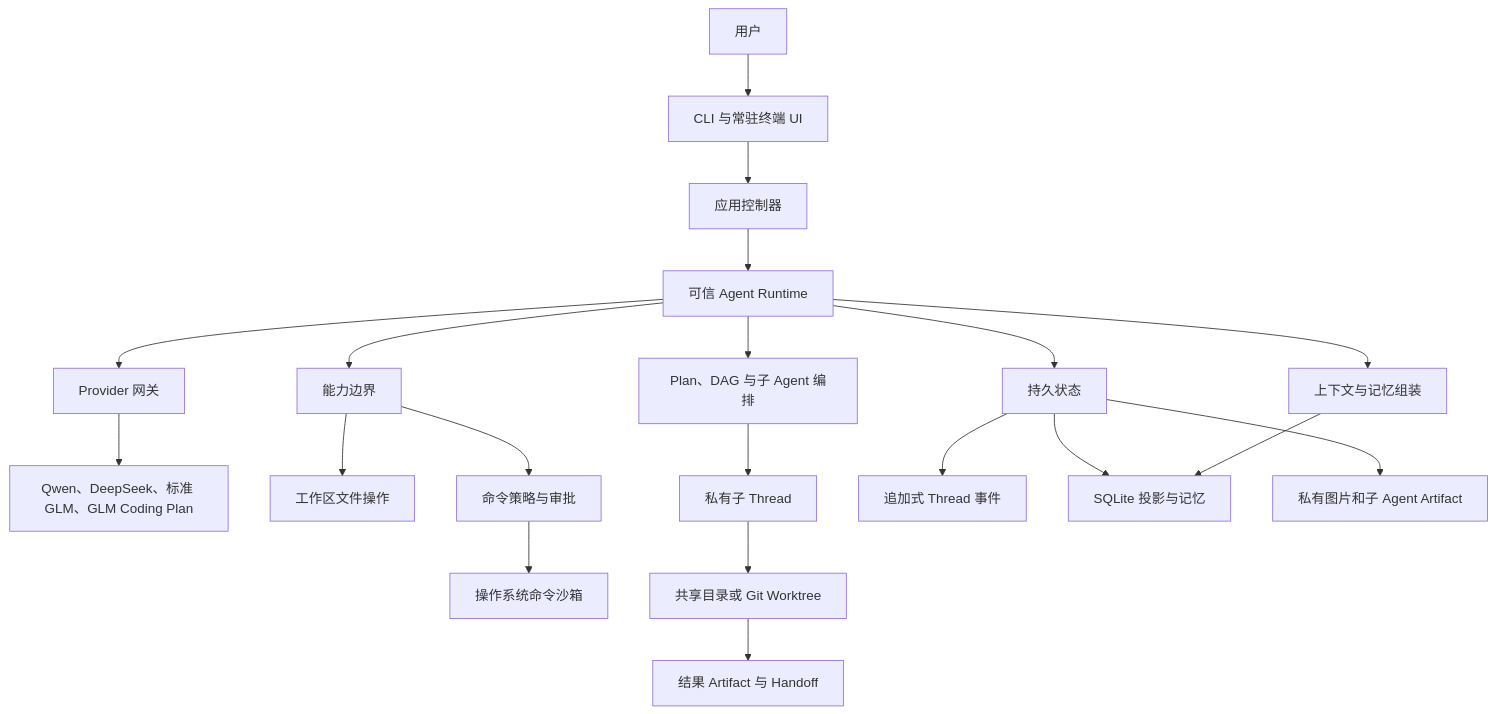
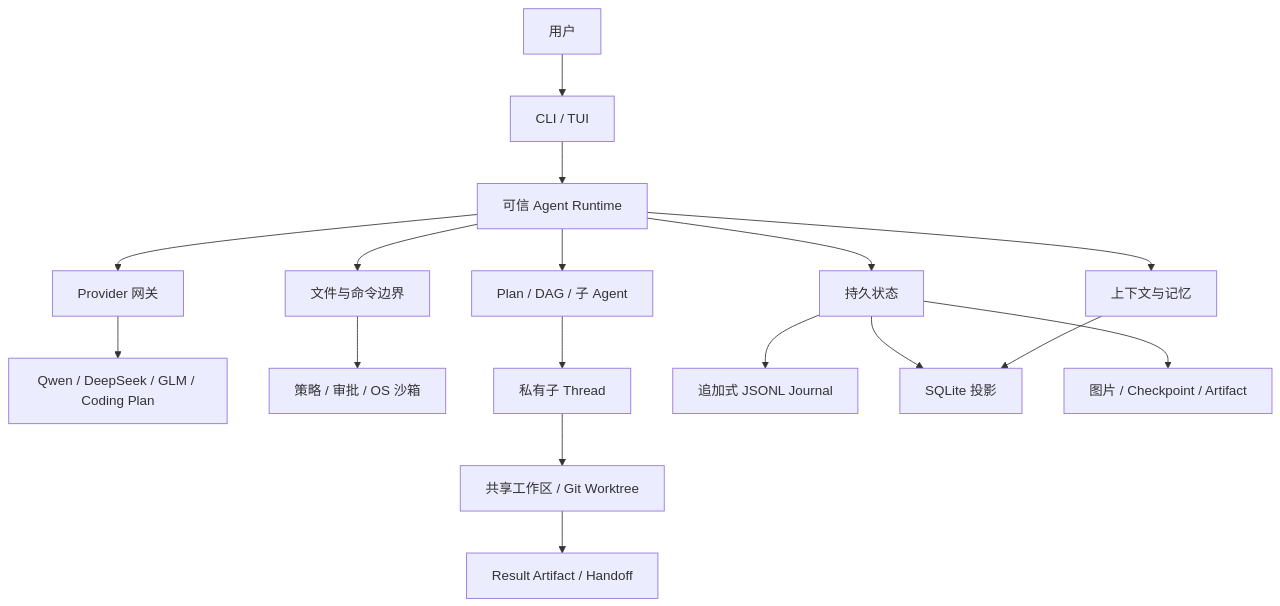
Before and after one commit to dd1000001000/EASY_CODE: the diagram in docs/TECHNICAL_DESIGN_ZH.md, drawn with Mermaid. The commit also changed other lines of this file and 45 other files, not shown here.

````diff
--- a/docs/TECHNICAL_DESIGN_ZH.md
+++ b/docs/TECHNICAL_DESIGN_ZH.md
@@ -49,25 +24,19 @@
 ```mermaid
 flowchart TB
-    User[用户] --> UI[CLI 与常驻终端 UI]
-    UI --> App[应用控制器]
-    App --> Runtime[可信 Agent Runtime]
-
-    Runtime --> Context[上下文与记忆组装]
+    User[用户] --> UI[CLI / TUI]
+    UI --> Runtime[可信 Agent Runtime]
+    Runtime --> Context[上下文与记忆]
     Runtime --> Provider[Provider 网关]
-    Runtime --> Tools[能力边界]
-    Runtime --> Orchestration[Plan、DAG 与子 Agent 编排]
+    Runtime --> Tools[文件与命令边界]
+    Runtime --> Flow[Plan / DAG / 子 Agent]
     Runtime --> State[持久状态]
-
-    Provider --> APIs[Qwen、DeepSeek、标准 GLM、GLM Coding Plan]
-    Tools --> Files[工作区文件操作]
-    Tools --> Commands[命令策略与审批]
-    Commands --> Sandbox[操作系统命令沙箱]
-    Orchestration --> Children[私有子 Thread]
-    Children --> Environments[共享目录或 Git Worktree]
-    Environments --> Artifacts[结果 Artifact 与 Handoff]
-
-    State --> Journal[追加式 Thread 事件]
-    State --> Database[SQLite 投影与记忆]
-    State --> Binary[私有图片和子 Agent Artifact]
-    Context --> Database
+    Provider --> APIs[Qwen / DeepSeek / GLM / Coding Plan]
+    Tools --> Sandbox[策略 / 审批 / OS 沙箱]
+    Flow --> Children[私有子 Thread]
+    Children --> Env[共享工作区 / Git Worktree]
+    Env --> Artifacts[Result Artifact / Handoff]
+    State --> Journal[追加式 JSONL Journal]
+    State --> DB[SQLite 投影]
+    State --> Files[图片 / Checkpoint / Artifact]
+    Context --> DB
 ```
````
